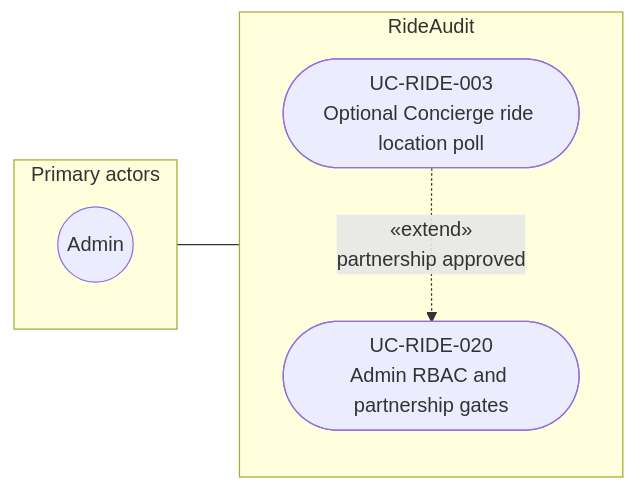
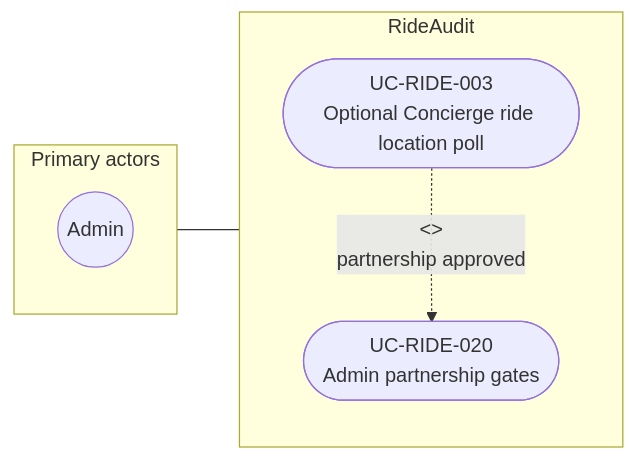
One commit to sharpninja/rideaudit changed the diagram in docs/ux/use-cases/UC-RIDE-020.md. Above: the diagram before and after it, drawn with Mermaid. The commit also changed other lines of this file and 87 other files, not shown here.

````diff
--- a/docs/ux/use-cases/UC-RIDE-020.md
+++ b/docs/ux/use-cases/UC-RIDE-020.md
@@ -16,15 +16,15 @@
 ```mermaid
-%% UC-RIDE-020 Admin RBAC and partnership gates
+%% UC-RIDE-020 Admin partnership gates
 flowchart LR
   subgraph primaries["Primary actors"]
     direction TB
     A_Admin((Admin))
   end
   subgraph system["RideAudit"]
     direction TB
-    UC(["UC-RIDE-020<br/>Admin RBAC and partnership gates"])
+    UC(["UC-RIDE-020<br/>Admin partnership gates"])
     UC003(["UC-RIDE-003<br/>Optional Concierge ride location poll"])
-    UC003 -.->|"«extend»<br/>partnership approved"| UC
+    UC003 -.->|"<<extend>><br/>partnership approved"| UC
   end
   A_Admin --- UC
 ```
````
